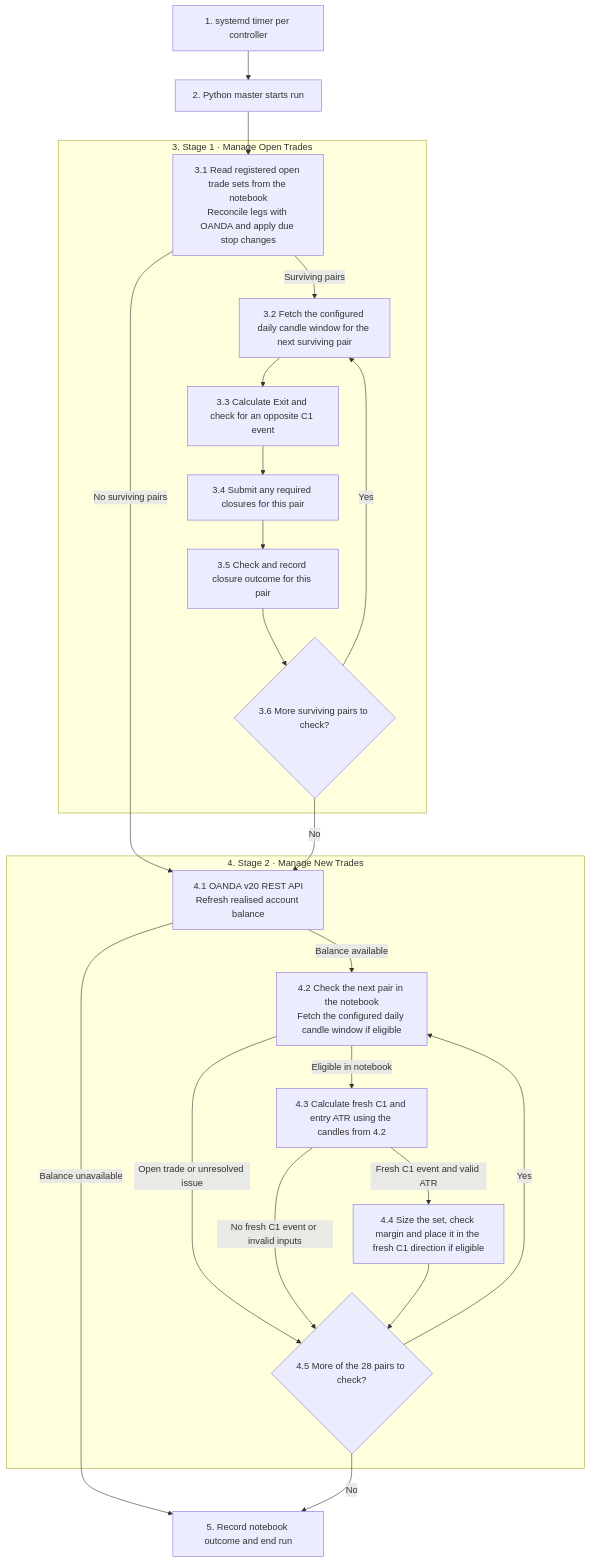
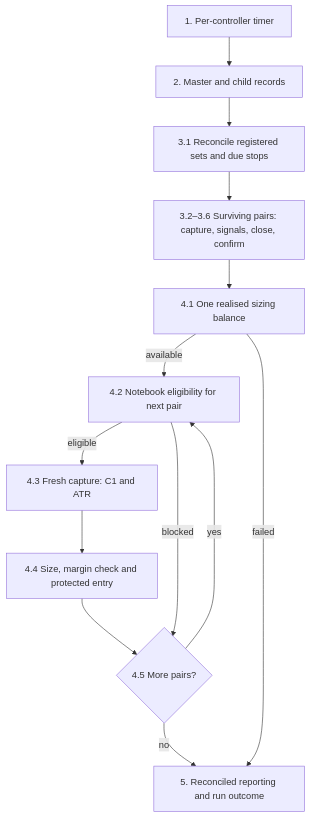
Before and after one commit to kmoosad/nnfx-practice-lab: the diagram in docs/ARCHITECTURE.md, drawn with Mermaid. The commit also changed other lines of this file and 11 other files, not shown here.

````diff
--- a/docs/ARCHITECTURE.md
+++ b/docs/ARCHITECTURE.md
@@ -7,32 +32,15 @@
 ```mermaid
 flowchart TD
-    Timer["1. systemd timer per controller"] --> Master["2. Python master starts run"]
-    Master --> OpenAPI
-
-    subgraph Stage1["3. Stage 1 · Manage Open Trades"]
-        OpenAPI["3.1 Read registered open trade sets from the notebook<br/>Reconcile legs with OANDA and apply due stop changes"]
-        OpenAPI -->|Surviving pairs| OpenCandles["3.2 Fetch the configured daily candle window for the next surviving pair"]
-        OpenCandles --> ExitSignals["3.3 Calculate Exit and check for an opposite C1 event"]
-        ExitSignals --> Open["3.4 Submit any required closures for this pair"]
-        Open --> Confirm["3.5 Check and record closure outcome for this pair"]
-        Confirm --> OpenMore{"3.6 More surviving pairs to check?"}
-        OpenMore -->|Yes| OpenCandles
-    end
-
-    OpenAPI -->|No surviving pairs| Balance
-    OpenMore -->|No| Balance
-
-    subgraph Stage2["4. Stage 2 · Manage New Trades"]
-        Balance["4.1 OANDA v20 REST API<br/>Refresh realised account balance"]
-        Balance -->|Balance available| NewCandles["4.2 Check the next pair in the notebook<br/>Fetch the configured daily candle window if eligible"]
-        NewCandles -->|Eligible in notebook| EntrySignals["4.3 Calculate fresh C1 and entry ATR using the candles from 4.2"]
-        NewCandles -->|Open trade or unresolved issue| More
-        EntrySignals -->|Fresh C1 event and valid ATR| New["4.4 Size the set, check margin and place it in the fresh C1 direction if eligible"]
-        EntrySignals -->|No fresh C1 event or invalid inputs| More
-        New --> More{"4.5 More of the 28 pairs to check?"}
-        More -->|Yes| NewCandles
-    end
-
-    Balance -->|Balance unavailable| Finish["5. Record notebook outcome and end run"]
-    More -->|No| Finish
+    T[1. Per-controller timer] --> M[2. Master and child records]
+    M --> R[3.1 Reconcile registered sets and due stops]
+    R --> O[3.2–3.6 Surviving pairs: capture, signals, close, confirm]
+    O --> B[4.1 One realised sizing balance]
+    B -->|available| E[4.2 Notebook eligibility for next pair]
+    E -->|eligible| C[4.3 Fresh capture: C1 and ATR]
+    C --> N[4.4 Size, margin check and protected entry]
+    N --> P{4.5 More pairs?}
+    E -->|blocked| P
+    P -->|yes| E
+    P -->|no| F[5. Reconciled reporting and run outcome]
+    B -->|failed| F
 ```
````
